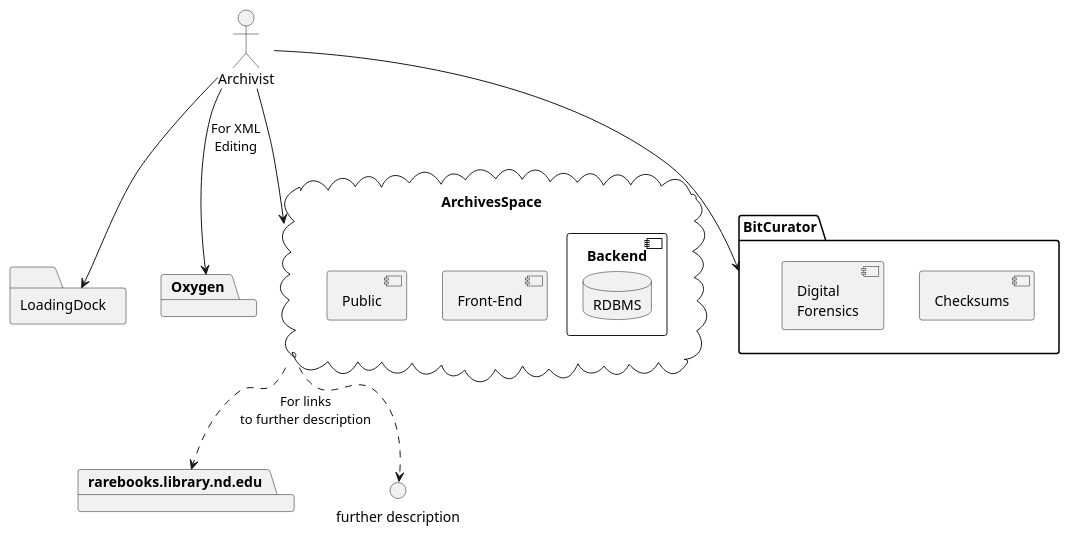
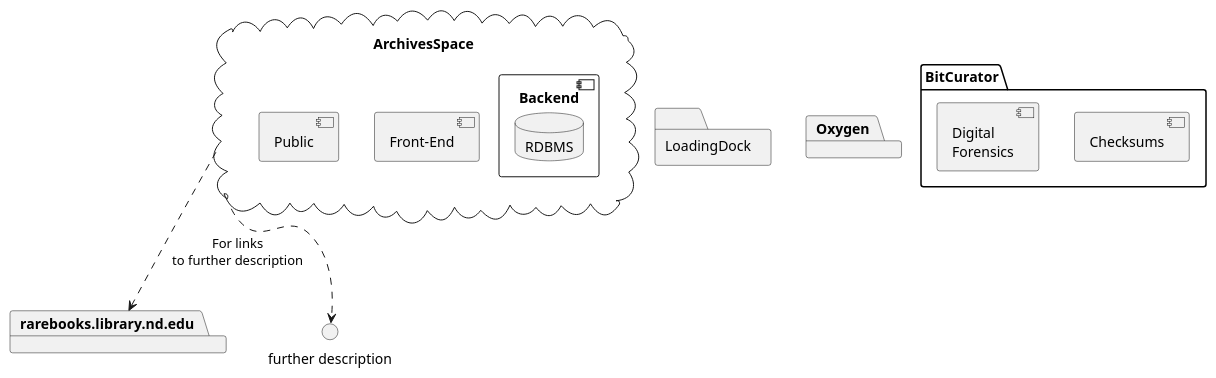
The diagram in plantuml/archivesspace.puml (ndlib/dam-ecosystem-mapping), drawn with PlantUML before and after one commit. The commit also changed 5 other files, not shown here.

```diff
--- a/plantuml/archivesspace.puml
+++ b/plantuml/archivesspace.puml
@@ -10,30 +10,25 @@
 @startuml
 
 
 cloud "ArchivesSpace" {
   component "Front-End"
   component "Public"
   component "Backend" {
     database "RDBMS"
   }
 }
 
 package "rarebooks.library.nd.edu"
 
 interface "further description" as FurtherDescription
 
-actor "Archivist"
 folder "LoadingDock"
 package "Oxygen"
 package "BitCurator" {
   component "Checksums"
   component "Digital\nForensics"
 }
-Archivist --> ArchivesSpace
-Archivist --> LoadingDock
-Archivist --> Oxygen : "For XML\nEditing"
-Archivist --> BitCurator
 
 ArchivesSpace ..> rarebooks.library.nd.edu : "For links\nto further description"
 ArchivesSpace ..> FurtherDescription
 @enduml
```
